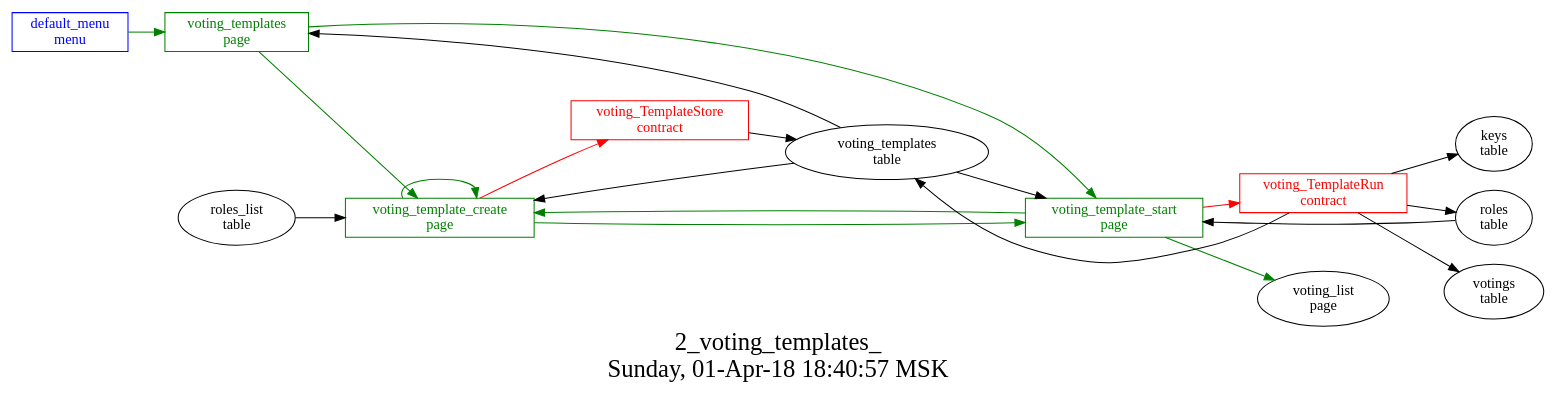
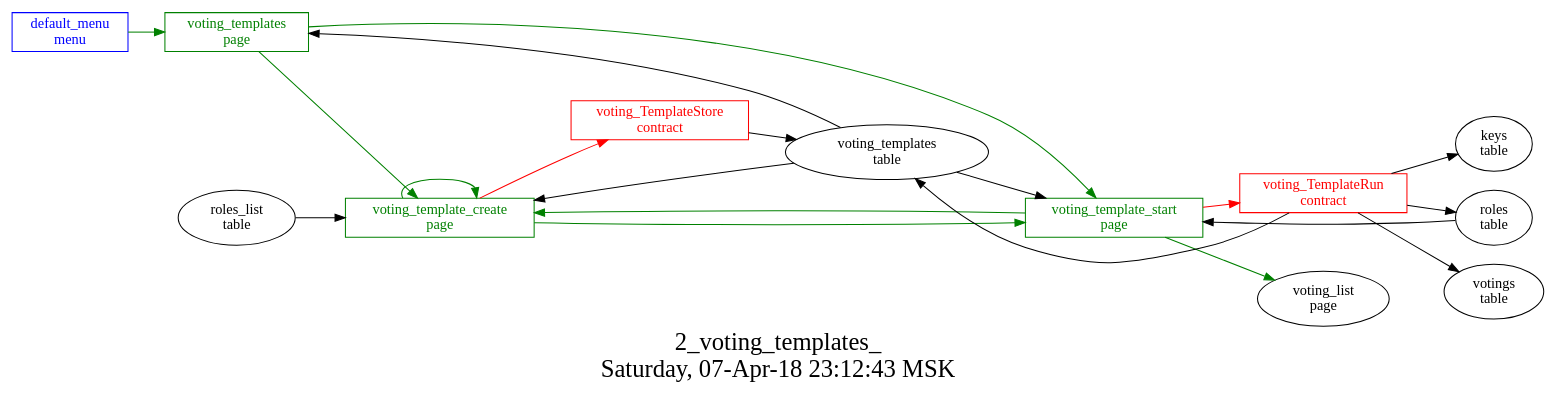
The diagram in src/basic/basic_main/2_voting_templates_json/struct.dot (AplaProject/apps), drawn with Graphviz before and after one commit. The commit also changed 9 other files, not shown here.

```diff
--- a/src/basic/basic_main/2_voting_templates_json/struct.dot
+++ b/src/basic/basic_main/2_voting_templates_json/struct.dot
@@ -1,36 +1,36 @@
 digraph G {
 graph [
   fontsize="24";
-  label="2_voting_templates_\nSunday, 01-Apr-18 18:40:57 MSK";
+  label="2_voting_templates_\nSaturday, 07-Apr-18 23:12:43 MSK";
   nojustify=true;
   ordering=out;
   rankdir=LR;
   size="30";
 ];
 "default_menu\nmenu" -> "voting_templates\npage"  [ color=green ]
 "default_menu\nmenu" [color=blue, fontcolor=blue, group=menus, shape=record];
 "voting_template_create\npage" -> "voting_TemplateStore\ncontract"  [ color=red ]
 "voting_templates\ntable" -> "voting_template_create\npage"  [ color="" ]
 "roles_list\ntable" -> "voting_template_create\npage"  [ color="" ]
 "voting_template_create\npage" -> "voting_template_create\npage"  [ color=green ]
 "voting_template_create\npage" -> "voting_template_start\npage"  [ color=green ]
 "voting_template_create\npage" [color=green, fontcolor=green, group=pages, shape=record];
 "voting_template_start\npage" -> "voting_TemplateRun\ncontract"  [ color=red ]
 "voting_templates\ntable" -> "voting_template_start\npage"  [ color="" ]
 "roles\ntable" -> "voting_template_start\npage"  [ color="" ]
 "voting_template_start\npage" -> "voting_template_create\npage"  [ color=green ]
 "voting_template_start\npage" -> "voting_list\npage"  [ color=green ]
 "voting_template_start\npage" [color=green, fontcolor=green, group=pages, shape=record];
 "voting_templates\ntable" -> "voting_templates\npage"  [ color="" ]
 "voting_templates\npage" -> "voting_template_start\npage"  [ color=green ]
 "voting_templates\npage" -> "voting_template_create\npage"  [ color=green ]
 "voting_templates\npage" [color=green, fontcolor=green, group=pages, shape=record];
 "voting_TemplateRun\ncontract" -> "voting_templates\ntable"  [ color="" ]
 "voting_TemplateRun\ncontract" -> "keys\ntable"  [ color="" ]
 "voting_TemplateRun\ncontract" -> "roles\ntable"  [ color="" ]
 "voting_TemplateRun\ncontract" -> "votings\ntable"  [ color="" ]
 "voting_TemplateRun\ncontract" [color=red, fontcolor=red, group=contracts, shape=record];
 "voting_TemplateStore\ncontract" -> "voting_templates\ntable"  [ color="" ]
 "voting_TemplateStore\ncontract" [color=red, fontcolor=red, group=contracts, shape=record];
 "voting_templates\ntable" [color="", fontcolor="", group=tables, shape=""];
 }
```
